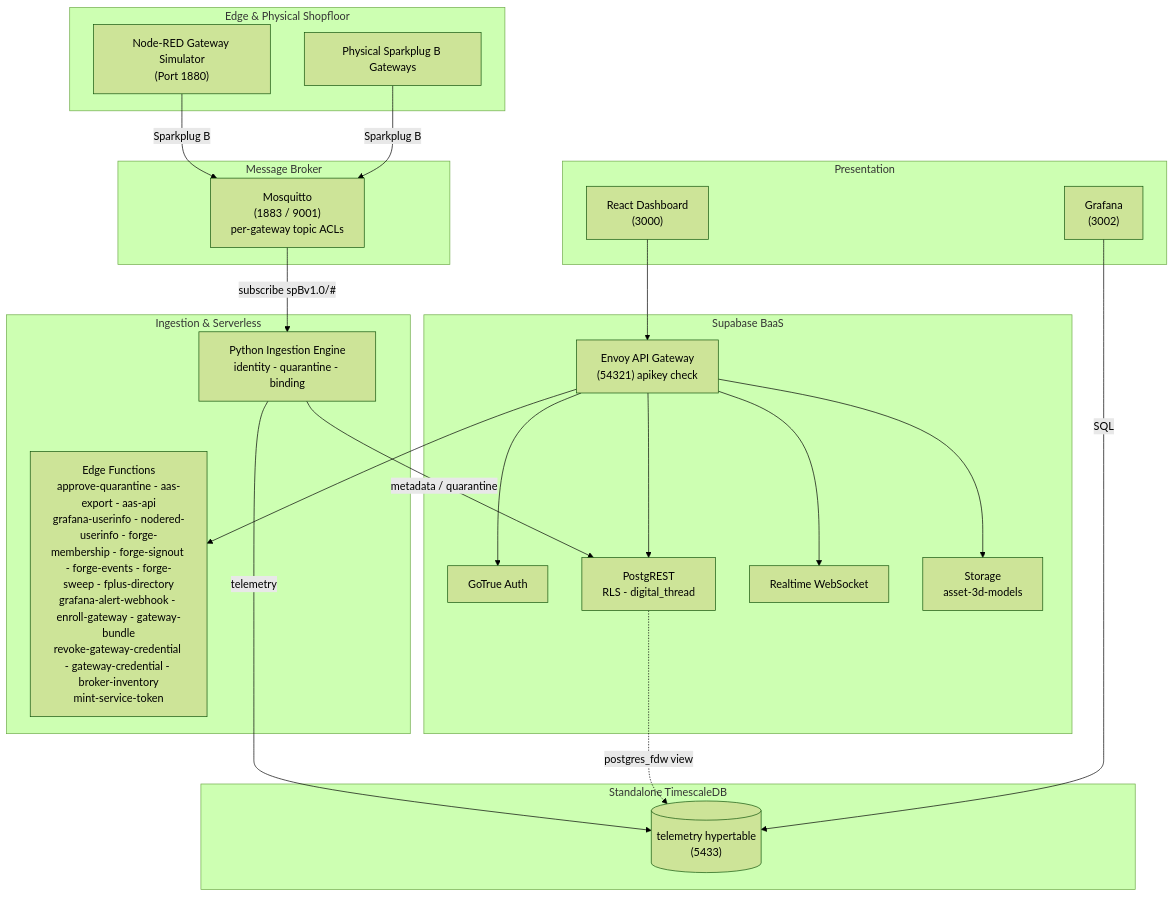
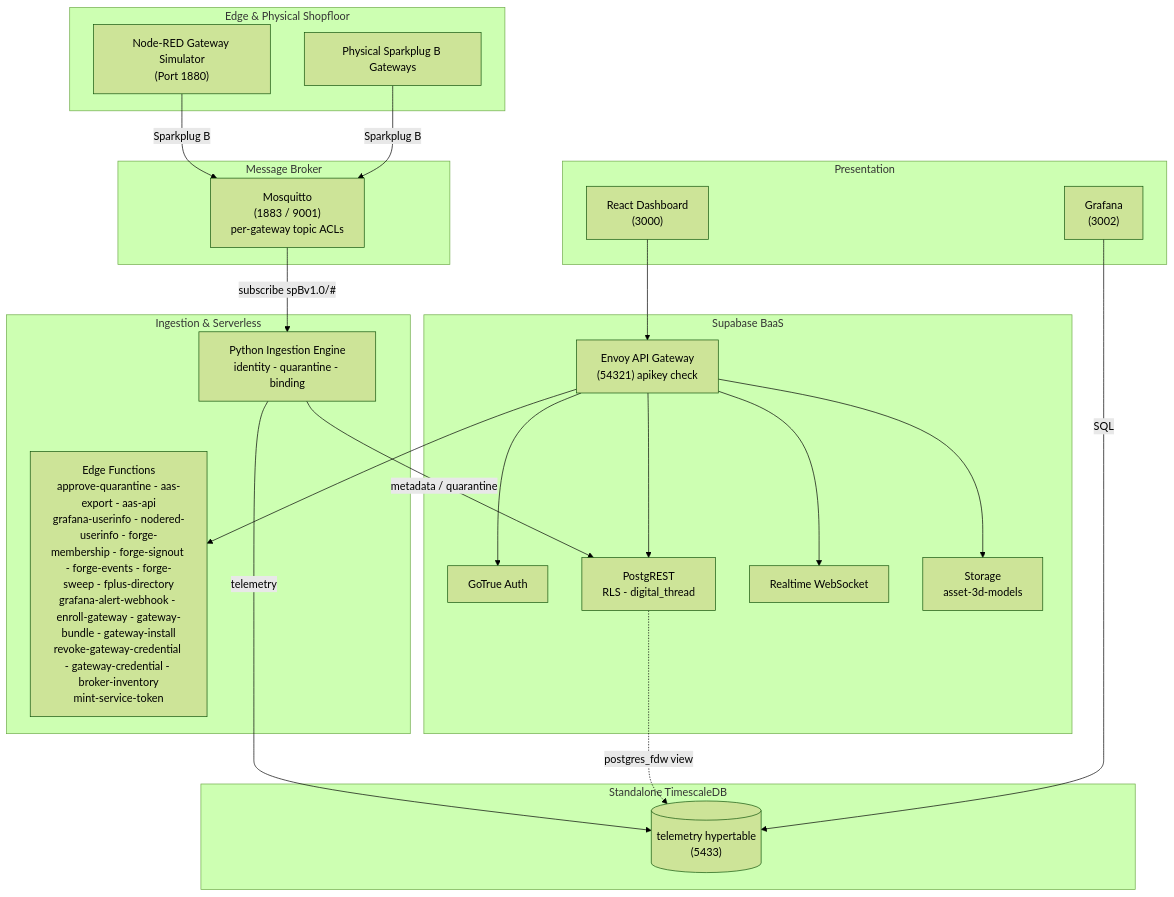
Before and after one commit to Harri-Llewelyn/Aber: the diagram in README.md, drawn with Mermaid (forest theme). The commit also changed 29 other files, not shown here.

````diff
--- a/README.md
+++ b/README.md
@@ -31,47 +31,47 @@
 ```mermaid
 flowchart TB
     subgraph Edge ["Edge & Physical Shopfloor"]
         NR["Node-RED Gateway Simulator<br/>(Port 1880)"]
         DEV["Physical Sparkplug B Gateways"]
     end
 
     subgraph Messaging ["Message Broker"]
         MQTT["Mosquitto<br/>(1883 / 9001)<br/>per-gateway topic ACLs"]
     end
 
     subgraph Processing ["Ingestion & Serverless"]
         ING["Python Ingestion Engine<br/>identity - quarantine - binding"]
-        EF["Edge Functions<br/>approve-quarantine - aas-export - aas-api<br/>grafana-userinfo - nodered-userinfo - forge-membership - forge-signout - forge-events - forge-sweep - fplus-directory<br/>grafana-alert-webhook - enroll-gateway - gateway-bundle<br/>revoke-gateway-credential - gateway-credential - broker-inventory<br/>mint-service-token"]
+        EF["Edge Functions<br/>approve-quarantine - aas-export - aas-api<br/>grafana-userinfo - nodered-userinfo - forge-membership - forge-signout - forge-events - forge-sweep - fplus-directory<br/>grafana-alert-webhook - enroll-gateway - gateway-bundle - gateway-install<br/>revoke-gateway-credential - gateway-credential - broker-inventory<br/>mint-service-token"]
     end
 
     subgraph Supabase ["Supabase BaaS"]
         GW["Envoy API Gateway<br/>(54321) apikey check"]
         AUTH["GoTrue Auth"]
         PGRST["PostgREST<br/>RLS - digital_thread"]
         RT["Realtime WebSocket"]
         STO["Storage<br/>asset-3d-models"]
     end
 
     subgraph TSDB ["Standalone TimescaleDB"]
         TS[("telemetry hypertable<br/>(5433)")]
     end
 
     subgraph UX ["Presentation"]
         UI["React Dashboard<br/>(3000)"]
         GRAF["Grafana<br/>(3002)"]
     end
 
     NR -->|Sparkplug B| MQTT
     DEV -->|Sparkplug B| MQTT
     MQTT -->|subscribe spBv1.0/#| ING
     ING -->|metadata / quarantine| PGRST
     ING -->|telemetry| TS
     UI --> GW
     GW --> AUTH
     GW --> PGRST
     GW --> RT
     GW --> STO
     GW --> EF
     PGRST -.->|postgres_fdw view| TS
     GRAF -->|SQL| TS
 ```
````
